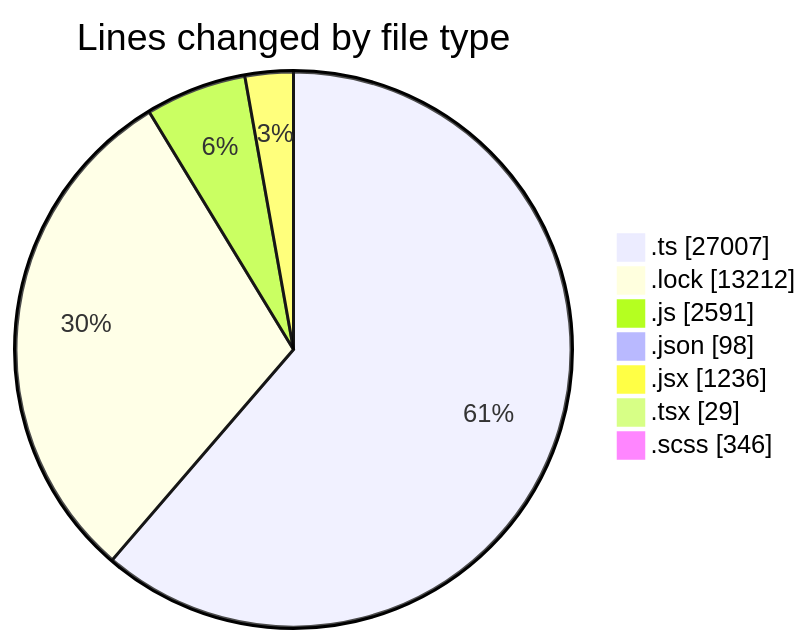
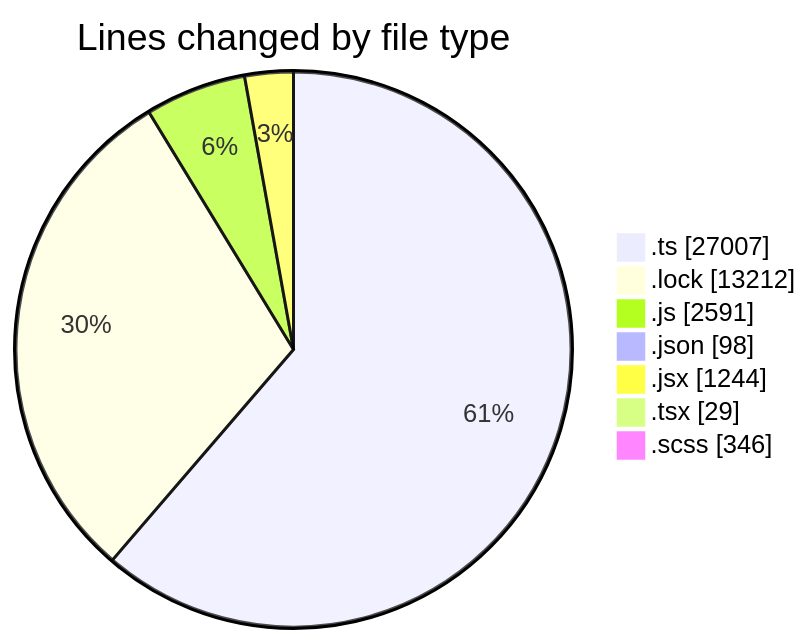
One commit to momahboobian/code-tracking changed the first of 2 diagrams in 2025-05-16/cda/README.md. Above: the diagram before and after it, drawn with Mermaid. The commit also changed other lines of this file and 1 other file, not shown here.

````diff
--- a/2025-05-16/cda/README.md
+++ b/2025-05-16/cda/README.md
@@ -47,11 +47,11 @@
 ```mermaid
 pie showData
 title Lines changed by file type
 ".ts" : 27007
 ".lock" : 13212
 ".js" : 2591
 ".json" : 98
-".jsx" : 1236
+".jsx" : 1244
 ".tsx" : 29
 ".scss" : 346
 ```
````
